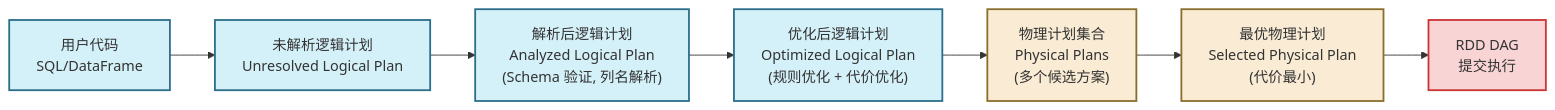
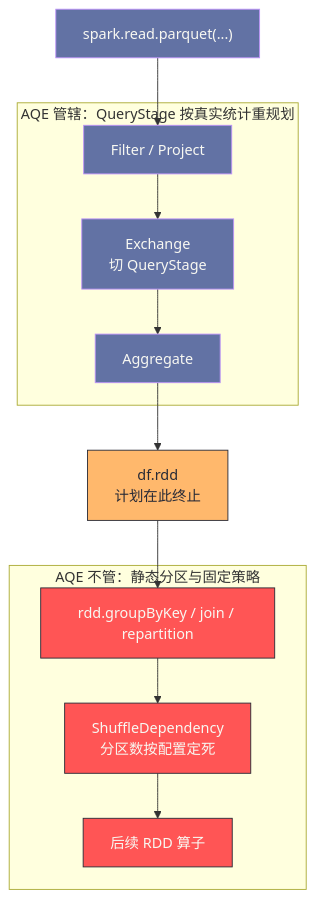
One commit to hpliStartAgain/my-brain changed the second of 4 diagrams in content/大数据/Spark/Spark-RDD核心原理解析/09 范式演进与回归：从 RDD 到 DataFrame & Dataset 的结构化跃迁.md. Above: the diagram before and after it, drawn with Mermaid. The commit also changed other lines of this file and 455 other files, not shown here.

````diff
--- a/content/大数据/Spark/Spark-RDD核心原理解析/09 范式演进与回归：从 RDD 到 DataFrame & Dataset 的结构化跃迁.md
+++ b/content/大数据/Spark/Spark-RDD核心原理解析/09 范式演进与回归：从 RDD 到 DataFrame & Dataset 的结构化跃迁.md
@@ -140,16 +214,31 @@
 ```mermaid
-graph LR
-    A["用户代码</br>SQL/DataFrame"] --> B["未解析逻辑计划</br>Unresolved Logical Plan"]
-    B --> C["解析后逻辑计划</br>Analyzed Logical Plan</br>(Schema 验证, 列名解析)"]
-    C --> D["优化后逻辑计划</br>Optimized Logical Plan</br>(规则优化 + 代价优化)"]
-    D --> E["物理计划集合</br>Physical Plans</br>(多个候选方案)"]
-    E --> F["最优物理计划</br>Selected Physical Plan</br>(代价最小)"]
-    F --> G["RDD DAG</br>提交执行"]
+%%{init: {'theme': 'dracula'}}%%
+flowchart TD
+    A["spark.read.parquet(...)"] --> B["Filter / Project"]
+    B --> C["Exchange<br/>切 QueryStage"]
+    C --> D["Aggregate"]
+    D --> E["df.rdd<br/>计划在此终止"]
 
-    classDef logical fill:#d4f1f9,stroke:#2c6e8a,stroke-width:2px;
-    classDef physical fill:#f9ebd4,stroke:#8a6e2c,stroke-width:2px;
-    classDef rdd fill:#f9d4d4,stroke:#cc3333,stroke-width:2px;
-    class A,B,C,D logical;
-    class E,F physical;
-    class G rdd;
+    subgraph SQL["AQE 管辖：QueryStage 按真实统计重规划"]
+        B
+        C
+        D
+    end
+
+    E --> F["rdd.groupByKey / join / repartition"]
+    F --> G["ShuffleDependency<br/>分区数按配置定死"]
+    G --> H["后续 RDD 算子"]
+
+    subgraph RDDL["AQE 不管：静态分区与固定策略"]
+        F
+        G
+        H
+    end
+
+    classDef sql fill:#6272a4,stroke:#bd93f9,color:#f8f8f2
+    classDef rdd fill:#ff5555,stroke:#282a36,color:#f8f8f2
+    classDef gate fill:#ffb86c,stroke:#282a36,color:#282a36
+    class A,B,C,D sql
+    class F,G,H rdd
+    class E gate
 ```
````
